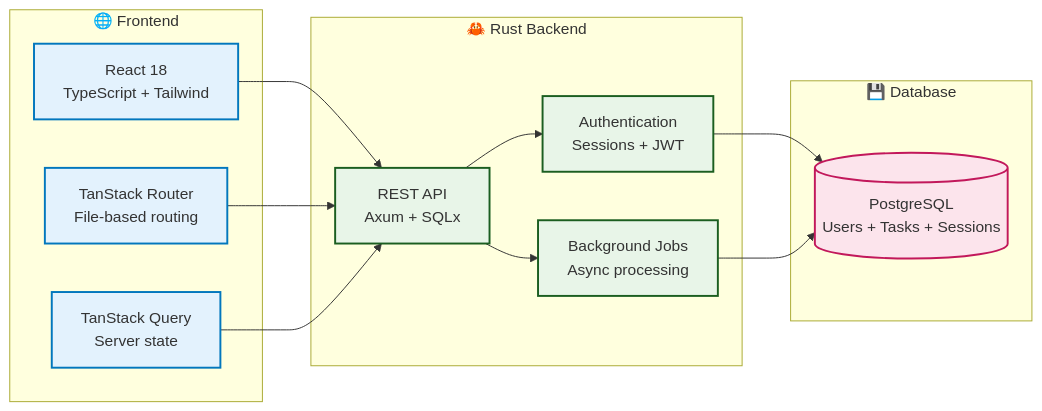
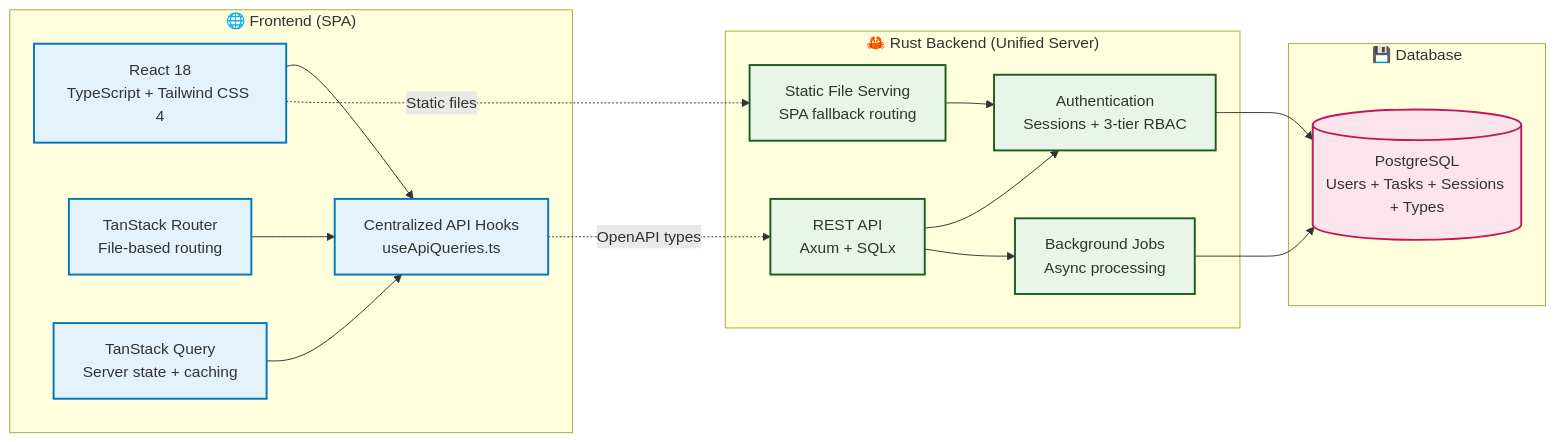
Before and after one commit to quanhua92/rust-fullstack-starter: the first of 2 diagrams in docs/README.md, drawn with Mermaid. The commit also changed other lines of this file and 5 other files, not shown here.

First line of the commit message:
docs: enhance documentation for React frontend integration and precision

````diff
--- a/docs/README.md
+++ b/docs/README.md
@@ -168,34 +173,40 @@
 ```mermaid
 graph LR
-    subgraph "🌐 Frontend"
-        REACT[React 18<br/>TypeScript + Tailwind]
+    subgraph "🌐 Frontend (SPA)"
+        REACT[React 18<br/>TypeScript + Tailwind CSS 4]
         ROUTER[TanStack Router<br/>File-based routing]
-        STATE[TanStack Query<br/>Server state]
+        STATE[TanStack Query<br/>Server state + caching]
+        HOOKS[Centralized API Hooks<br/>useApiQueries.ts]
     end
     
-    subgraph "🦀 Rust Backend"
+    subgraph "🦀 Rust Backend (Unified Server)"
         API[REST API<br/>Axum + SQLx]
-        AUTH[Authentication<br/>Sessions + JWT]
+        STATIC[Static File Serving<br/>SPA fallback routing]
+        AUTH[Authentication<br/>Sessions + 3-tier RBAC]
         TASKS[Background Jobs<br/>Async processing]
     end
     
     subgraph "💾 Database"
-        POSTGRES[(PostgreSQL<br/>Users + Tasks + Sessions)]
+        POSTGRES[(PostgreSQL<br/>Users + Tasks + Sessions + Types)]
     end
     
-    REACT --> API
-    ROUTER --> API
-    STATE --> API
+    REACT --> HOOKS
+    ROUTER --> HOOKS
+    STATE --> HOOKS
+    HOOKS -.->|OpenAPI types| API
+    REACT -.->|Static files| STATIC
+    
     API --> AUTH
     API --> TASKS
+    STATIC --> AUTH
     AUTH --> POSTGRES
     TASKS --> POSTGRES
     
     classDef frontend fill:#e3f2fd,stroke:#0277bd,stroke-width:2px
     classDef backend fill:#e8f5e8,stroke:#1b5e20,stroke-width:2px
     classDef database fill:#fce4ec,stroke:#c2185b,stroke-width:2px
     
-    class REACT,ROUTER,STATE frontend
-    class API,AUTH,TASKS backend
+    class REACT,ROUTER,STATE,HOOKS frontend
+    class API,STATIC,AUTH,TASKS backend
     class POSTGRES database
 ```
````
